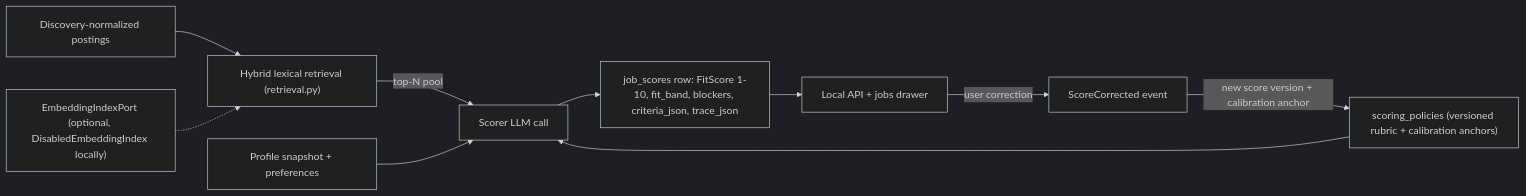
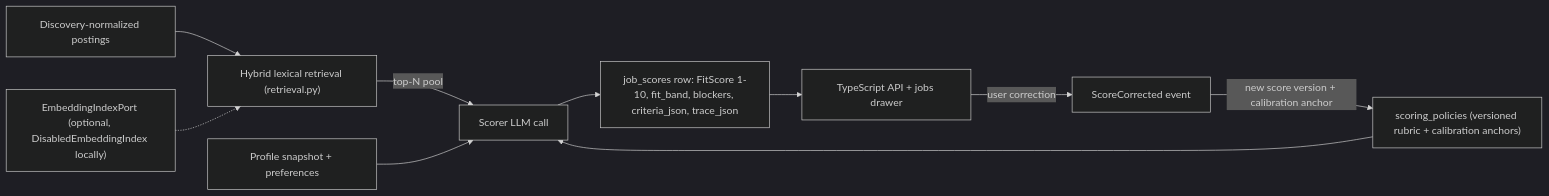
One commit to ebarti/JobCtrl changed the diagram in docs/architecture/scoring.md. Above: the diagram before and after it, drawn with Mermaid (dark theme). The commit also changed other lines of this file and 29 other files, not shown here.

First line of the commit message:
docs(architecture): editorial pass with summaries, grounded diagrams, and canonical terminology

````diff
--- a/docs/architecture/scoring.md
+++ b/docs/architecture/scoring.md
@@ -9,12 +11,12 @@
 ```mermaid
 flowchart LR
     D["Discovery-normalized postings"] --> R["Hybrid lexical retrieval (retrieval.py)"]
     E["EmbeddingIndexPort (optional, DisabledEmbeddingIndex locally)"] -.-> R
     R -->|"top-N pool"| S["Scorer LLM call"]
     P["scoring_policies (versioned rubric + calibration anchors)"] --> S
     PROF["Profile snapshot + preferences"] --> S
     S --> ROW["job_scores row: FitScore 1-10, fit_band, blockers, criteria_json, trace_json"]
-    ROW --> UI["Local API + jobs drawer"]
+    ROW --> UI["TypeScript API + jobs drawer"]
     UI -->|"user correction"| C["ScoreCorrected event"]
     C -->|"new score version + calibration anchor"| P
 ```
````
